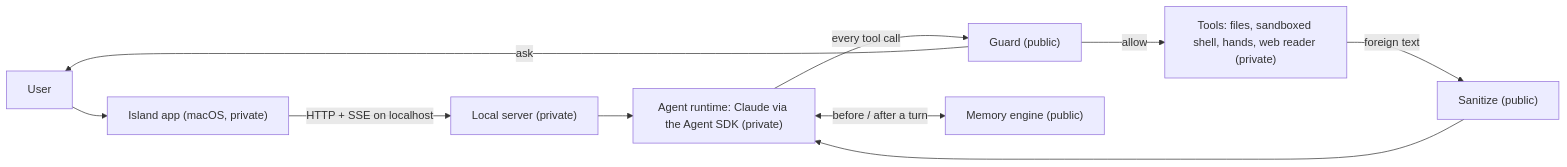
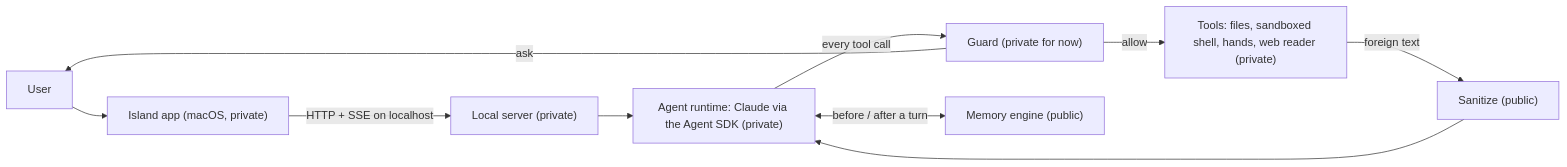
The diagram in README.md (Samitovamir/koob), drawn with Mermaid before and after one commit. The commit also changed other lines of this file and 6 other files, not shown here.

````diff
--- a/README.md
+++ b/README.md
@@ -42,12 +42,12 @@
 ```mermaid
 flowchart LR
     U["User"] --> I["Island app (macOS, private)"]
     I -->|"HTTP + SSE on localhost"| S["Local server (private)"]
     S --> R["Agent runtime: Claude via the Agent SDK (private)"]
-    R -->|"every tool call"| G["Guard (public)"]
+    R -->|"every tool call"| G["Guard (private for now)"]
     G -->|"allow"| T["Tools: files, sandboxed shell, hands, web reader (private)"]
     G -->|"ask"| U
     T -->|"foreign text"| Z["Sanitize (public)"]
     Z --> R
     R <-->|"before / after a turn"| M["Memory engine (public)"]
 ```
````
